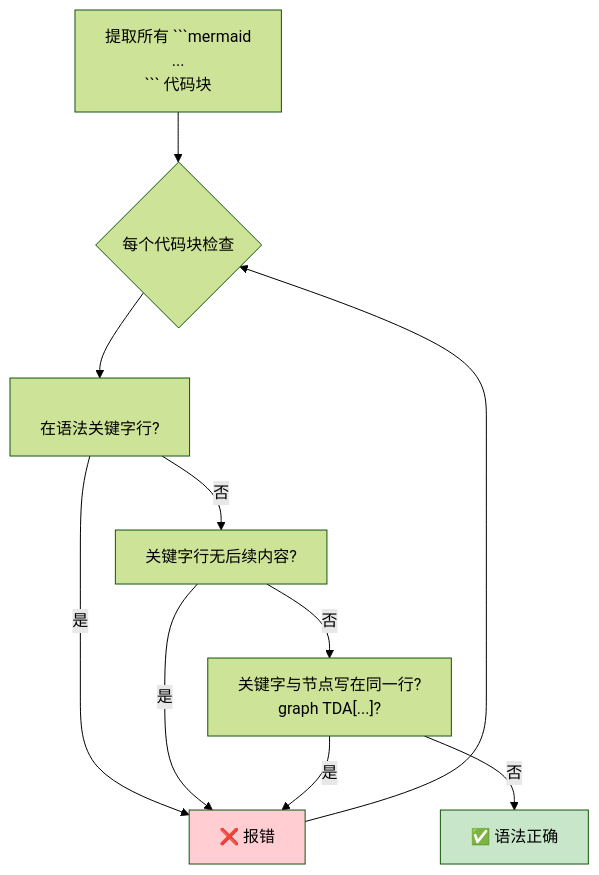
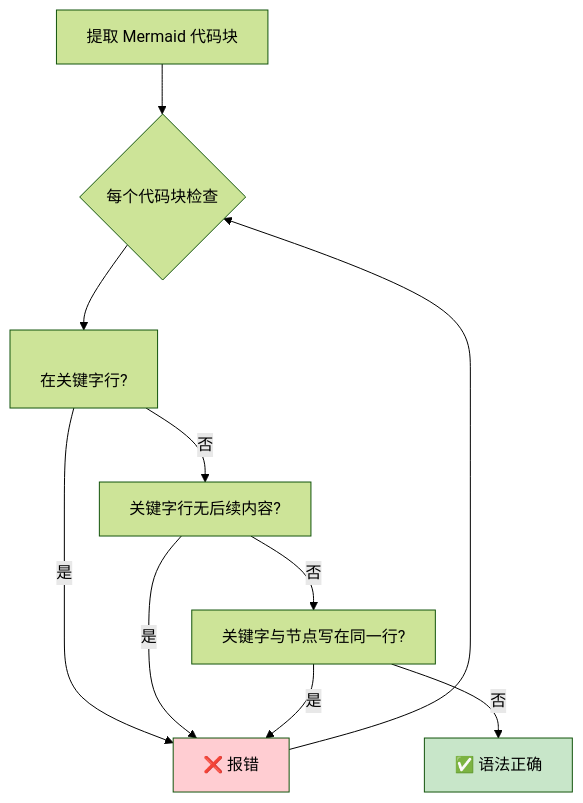
Before and after one commit to chujun/aiubuntu1-sh: the sixth of 7 diagrams in doc/ai-explore/2026-04-10-my-explore-doc-record技能优化实践探索之旅.md, drawn with Mermaid (forest theme). The commit also changed other lines of this file, not shown here.

Commit message:
docs: 修复探索文档中 Mermaid 图表转义字符问题（图表4/5.4）

````diff
--- a/doc/ai-explore/2026-04-10-my-explore-doc-record技能优化实践探索之旅.md
+++ b/doc/ai-explore/2026-04-10-my-explore-doc-record技能优化实践探索之旅.md
@@ -227,15 +227,15 @@
 ```mermaid
 flowchart TD
-    A["提取所有 ```mermaid\n...\n``` 代码块"] --> B{每个代码块检查}
-    B --> C1["<br/> 在语法关键字行?"]
+    A["提取 Mermaid 代码块"] --> B{每个代码块检查}
+    B --> C1["<br/> 在关键字行?"]
     C1 -->|是| E["❌ 报错"]
     C1 -->|否| C2["关键字行无后续内容?"]
     C2 -->|是| E
-    C2 -->|否| C3["关键字与节点写在同一行?<br/>graph TDA[...]?"]
+    C2 -->|否| C3["关键字与节点写在同一行?"]
     C3 -->|是| E
     C3 -->|否| F["✅ 语法正确"]
     E --> B
 
     style E fill:#ffcdd2
     style F fill:#c8e6c9
 ```
````
